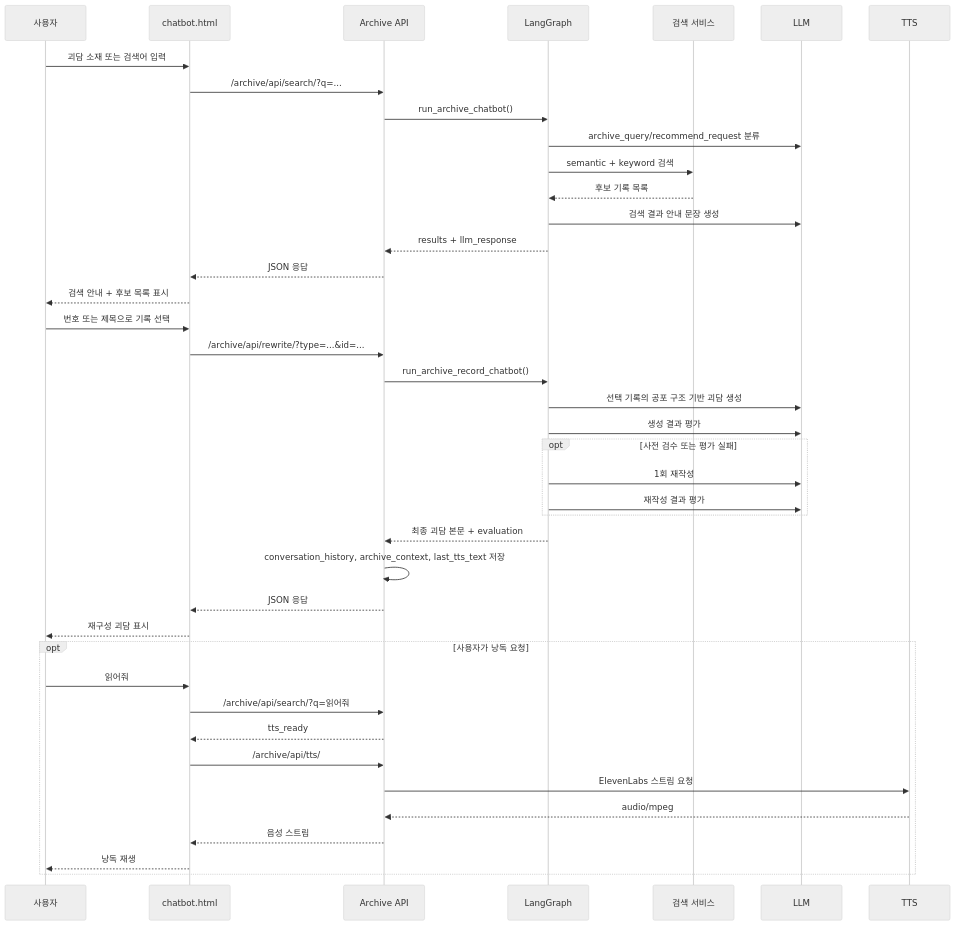
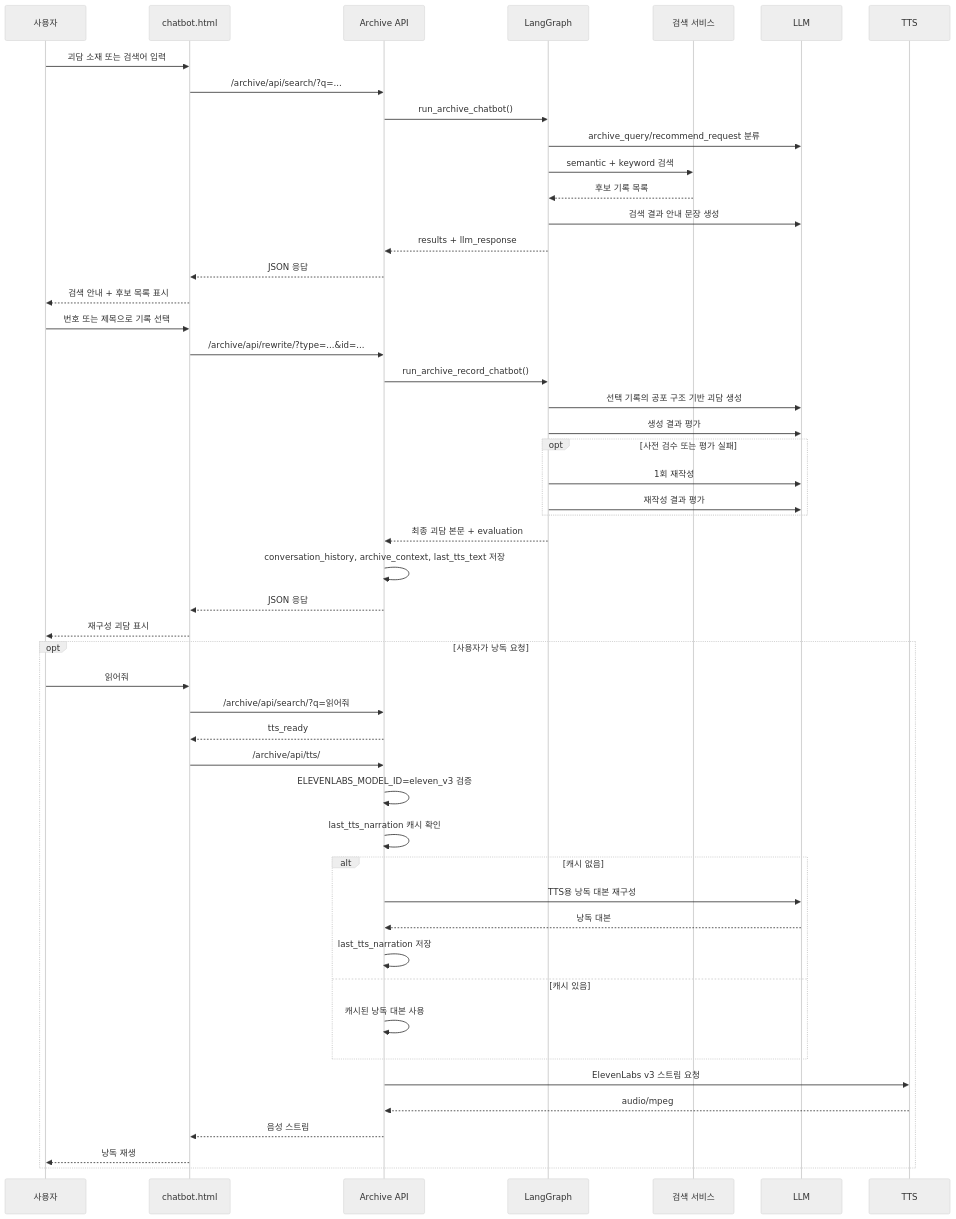
Before and after one commit to SKNETWORKS-FAMILY-AICAMP/SKN27-4th-1team: the third of 3 diagrams in docs/archive.md, drawn with Mermaid (neutral theme). The commit also changed other lines of this file and 2 other files, not shown here.

Commit message:
archive.md update & llm 설정

````diff
--- a/docs/archive.md
+++ b/docs/archive.md
@@ -112,46 +120,55 @@
 ```mermaid
 sequenceDiagram
     participant User as 사용자
     participant UI as chatbot.html
     participant API as Archive API
     participant Graph as LangGraph
     participant Search as 검색 서비스
     participant LLM as LLM
     participant TTS as TTS
 
     User->>UI: 괴담 소재 또는 검색어 입력
     UI->>API: /archive/api/search/?q=...
     API->>Graph: run_archive_chatbot()
     Graph->>LLM: archive_query/recommend_request 분류
     Graph->>Search: semantic + keyword 검색
     Search-->>Graph: 후보 기록 목록
     Graph->>LLM: 검색 결과 안내 문장 생성
     Graph-->>API: results + llm_response
     API-->>UI: JSON 응답
     UI-->>User: 검색 안내 + 후보 목록 표시
 
     User->>UI: 번호 또는 제목으로 기록 선택
     UI->>API: /archive/api/rewrite/?type=...&id=...
     API->>Graph: run_archive_record_chatbot()
     Graph->>LLM: 선택 기록의 공포 구조 기반 괴담 생성
     Graph->>LLM: 생성 결과 평가
     opt 사전 검수 또는 평가 실패
         Graph->>LLM: 1회 재작성
         Graph->>LLM: 재작성 결과 평가
     end
     Graph-->>API: 최종 괴담 본문 + evaluation
     API->>API: conversation_history, archive_context, last_tts_text 저장
     API-->>UI: JSON 응답
     UI-->>User: 재구성 괴담 표시
 
     opt 사용자가 낭독 요청
         User->>UI: 읽어줘
         UI->>API: /archive/api/search/?q=읽어줘
         API-->>UI: tts_ready
         UI->>API: /archive/api/tts/
-        API->>TTS: ElevenLabs 스트림 요청
+        API->>API: ELEVENLABS_MODEL_ID=eleven_v3 검증
+        API->>API: last_tts_narration 캐시 확인
+        alt 캐시 없음
+            API->>LLM: TTS용 낭독 대본 재구성
+            LLM-->>API: 낭독 대본
+            API->>API: last_tts_narration 저장
+        else 캐시 있음
+            API->>API: 캐시된 낭독 대본 사용
+        end
+        API->>TTS: ElevenLabs v3 스트림 요청
         TTS-->>API: audio/mpeg
         API-->>UI: 음성 스트림
         UI-->>User: 낭독 재생
     end
 ```
````
